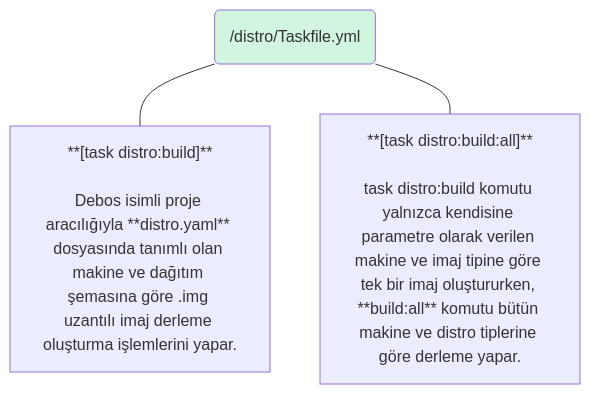
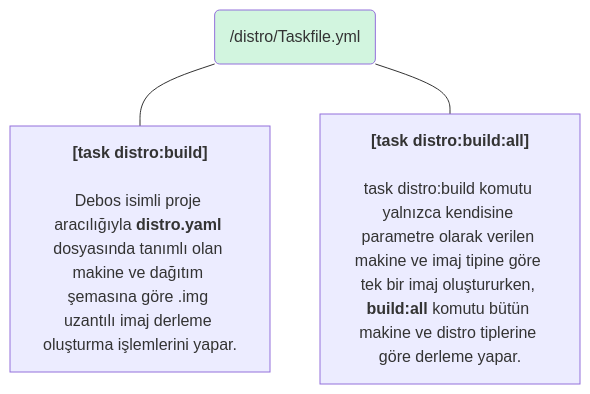
One commit to t3gemstone/docs changed the fourth of 4 diagrams in tr/sdk/components.mdx. Above: the diagram before and after it, drawn with Mermaid. The commit also changed other lines of this file and 176 other files, not shown here.

````diff
--- a/tr/sdk/components.mdx
+++ b/tr/sdk/components.mdx
@@ -187,9 +187,9 @@
 ```mermaid
 flowchart
 	n1["/distro/Taskfile.yml"]
   style n1 fill:#D2F5DF
-	n1 --- n5["**[task distro:build]**<br><br>Debos isimli proje aracılığıyla **distro.yaml** dosyasında tanımlı olan makine ve dağıtım şemasına göre .img uzantılı imaj derleme oluşturma işlemlerini yapar."]
-	n1 --- n6["**[task distro:build:all]**<br><br>task distro:build komutu yalnızca kendisine parametre olarak verilen makine ve imaj tipine göre tek bir imaj oluştururken, **build:all** komutu bütün makine ve distro tiplerine göre derleme yapar."]
+	n1 --- n5@{ label: "**[task distro:build]**<br><br>Debos isimli proje aracılığıyla **distro.yaml** dosyasında tanımlı olan makine ve dağıtım şemasına göre .img uzantılı imaj derleme oluşturma işlemlerini yapar." }
+	n1 --- n6@{ label: "**[task distro:build:all]**<br><br>task distro:build komutu yalnızca kendisine parametre olarak verilen makine ve imaj tipine göre tek bir imaj oluştururken, **build:all** komutu bütün makine ve distro tiplerine göre derleme yapar." }
 	n1
 	n1@{ shape: "rounded", label: "/distro/Taskfile.yml" }
 ```
````
